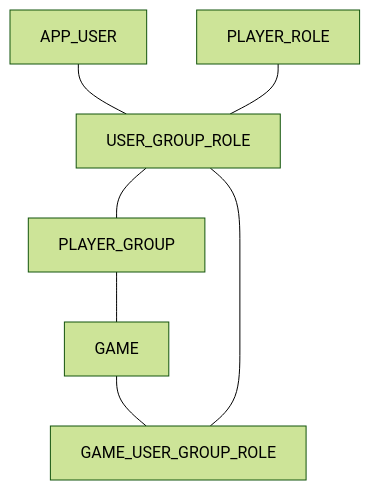
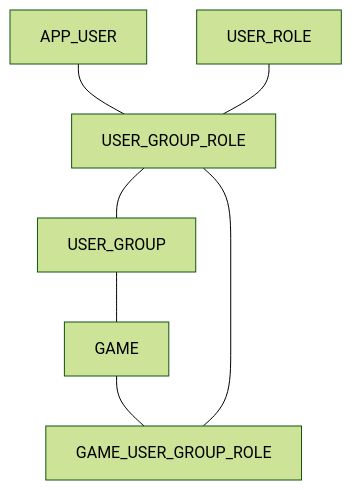
The first of 2 diagrams in README.md (MichaelM9/5-A-Side-Organiser), drawn with Mermaid (forest theme) before and after one commit. The commit also changed other lines of this file and 2 other files, not shown here.

````diff
--- a/README.md
+++ b/README.md
@@ -37,9 +37,9 @@
 ```mermaid
 flowchart
 APP_USER --- USER_GROUP_ROLE
-PLAYER_ROLE --- USER_GROUP_ROLE
-USER_GROUP_ROLE --- PLAYER_GROUP
-PLAYER_GROUP --- GAME
+USER_ROLE --- USER_GROUP_ROLE
+USER_GROUP_ROLE --- USER_GROUP
+USER_GROUP --- GAME
 GAME --- GAME_USER_GROUP_ROLE
 USER_GROUP_ROLE --- GAME_USER_GROUP_ROLE
 ```
````
